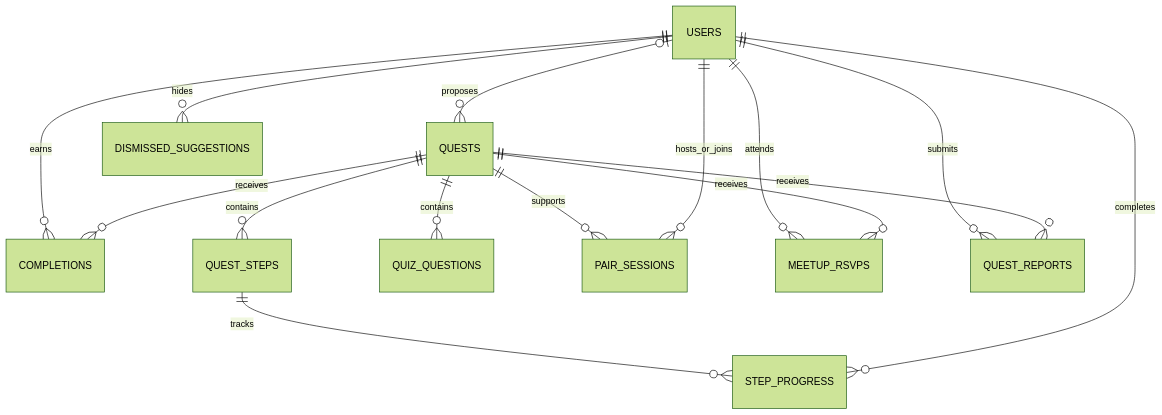
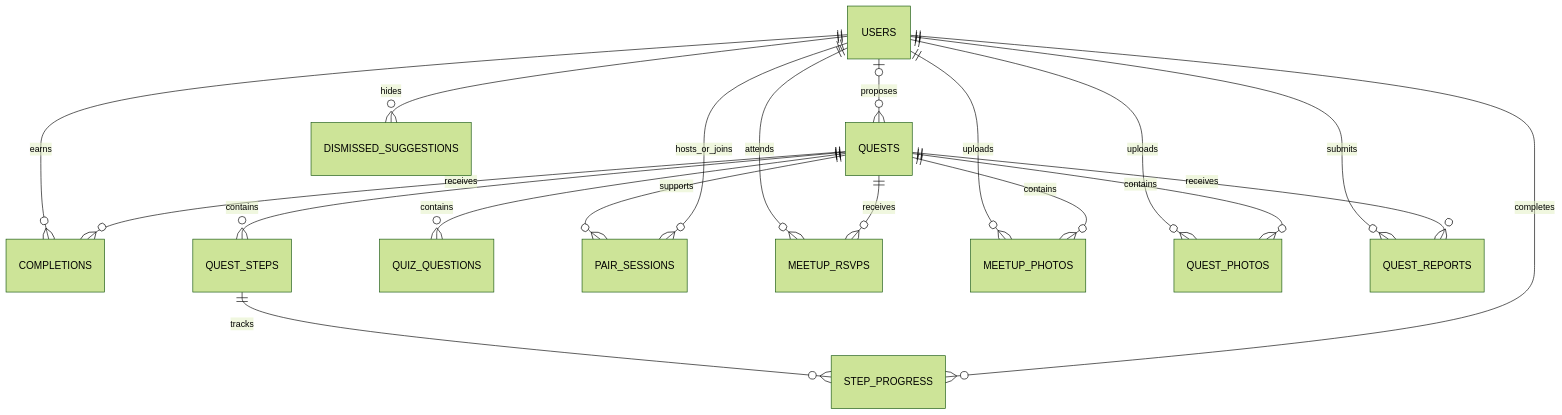
The second of 2 diagrams in CODEBASE_GUIDE.md (SmallPandaWorld/Hackathon_Team_19), drawn with Mermaid (forest theme) before and after one commit. The commit also changed other lines of this file and 14 other files, not shown here.

First line of the commit message:
feat: add meetup and quest photo management features

````diff
--- a/CODEBASE_GUIDE.md
+++ b/CODEBASE_GUIDE.md
@@ -262,17 +264,21 @@
 ```mermaid
 erDiagram
     USERS ||--o{ COMPLETIONS : earns
     QUESTS ||--o{ COMPLETIONS : receives
     QUESTS ||--o{ QUEST_STEPS : contains
     QUEST_STEPS ||--o{ STEP_PROGRESS : tracks
     USERS ||--o{ STEP_PROGRESS : completes
     QUESTS ||--o{ QUIZ_QUESTIONS : contains
     QUESTS ||--o{ PAIR_SESSIONS : supports
     USERS ||--o{ PAIR_SESSIONS : hosts_or_joins
     USERS ||--o{ MEETUP_RSVPS : attends
     QUESTS ||--o{ MEETUP_RSVPS : receives
+    USERS ||--o{ MEETUP_PHOTOS : uploads
+    QUESTS ||--o{ MEETUP_PHOTOS : contains
+    USERS ||--o{ QUEST_PHOTOS : uploads
+    QUESTS ||--o{ QUEST_PHOTOS : contains
     USERS ||--o{ QUEST_REPORTS : submits
     QUESTS ||--o{ QUEST_REPORTS : receives
     USERS ||--o{ DISMISSED_SUGGESTIONS : hides
     USERS o|--o{ QUESTS : proposes
 ```
````
